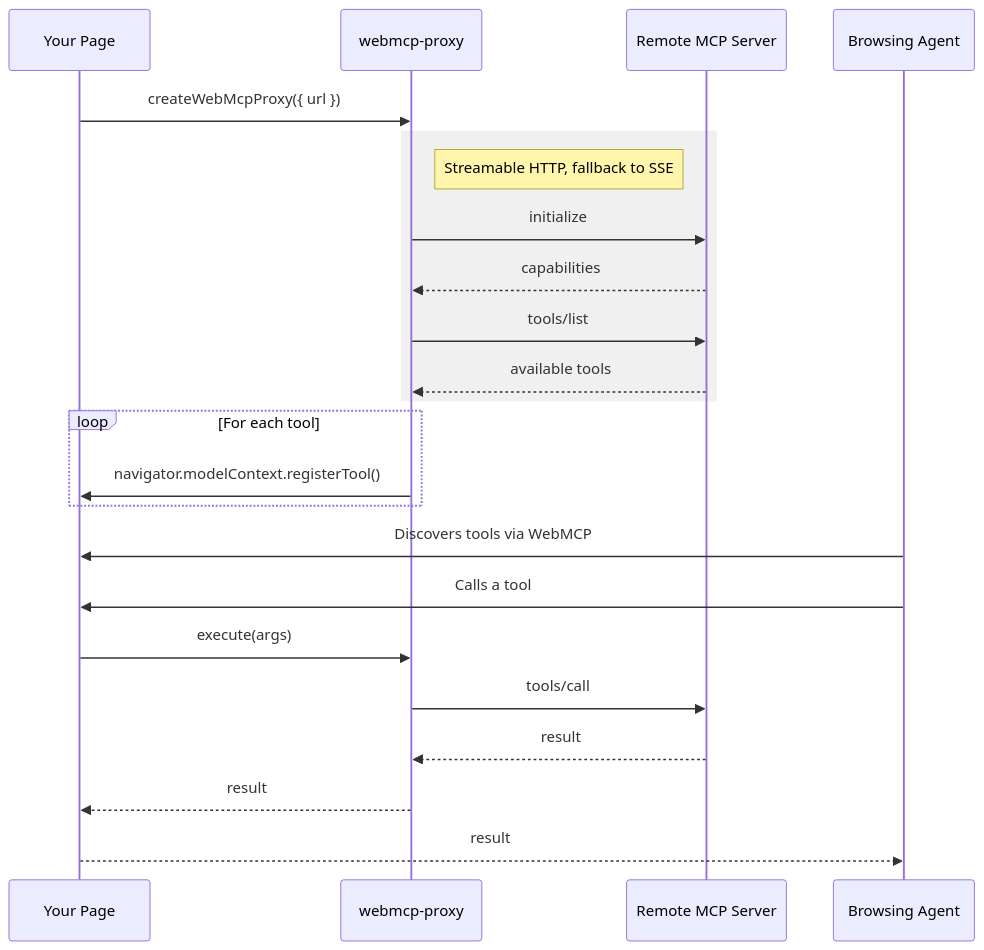
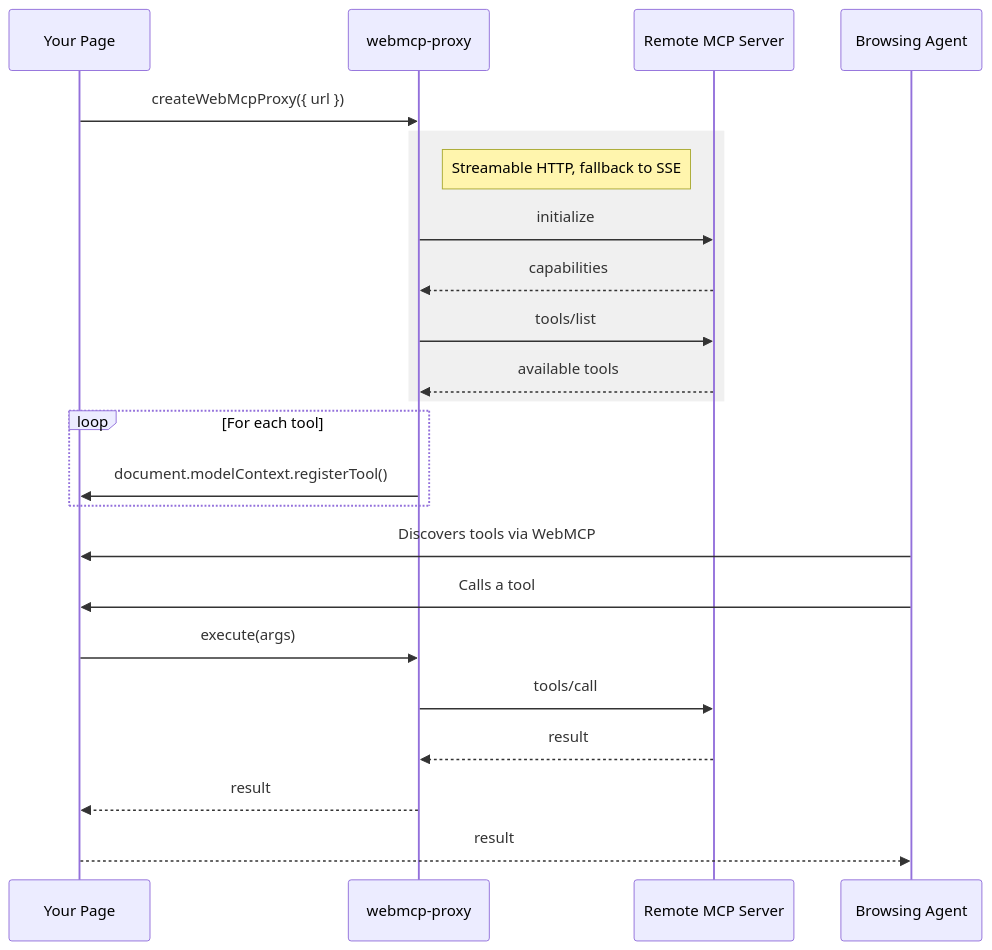
The diagram in README.md (alpic-ai/webmcp-proxy), drawn with Mermaid before and after one commit. The commit also changed other lines of this file and 3 other files, not shown here.

Commit message:
Update from navigator.modelContext to default document.modelContext

````diff
--- a/README.md
+++ b/README.md
@@ -69,29 +69,29 @@
 ```mermaid
 sequenceDiagram
     participant Page as Your Page
     participant Proxy as webmcp-proxy
     participant MCP as Remote MCP Server
     participant Agent as Browsing Agent
 
     Page->>Proxy: createWebMcpProxy({ url })
 
     rect rgb(240, 240, 240)
         note right of Proxy: Streamable HTTP, fallback to SSE
         Proxy->>MCP: initialize
         MCP-->>Proxy: capabilities
         Proxy->>MCP: tools/list
         MCP-->>Proxy: available tools
     end
 
     loop For each tool
-        Proxy->>Page: navigator.modelContext.registerTool()
+        Proxy->>Page: document.modelContext.registerTool()
     end
 
     Agent->>Page: Discovers tools via WebMCP
     Agent->>Page: Calls a tool
     Page->>Proxy: execute(args)
     Proxy->>MCP: tools/call
     MCP-->>Proxy: result
     Proxy-->>Page: result
     Page-->>Agent: result
 ```
````
